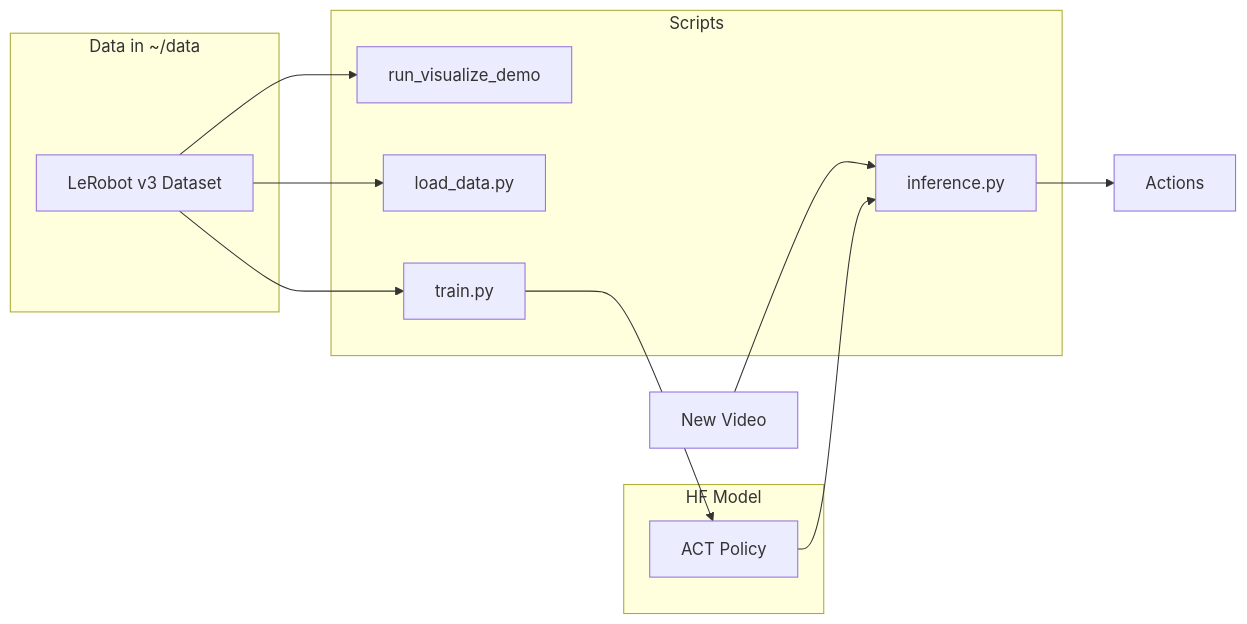
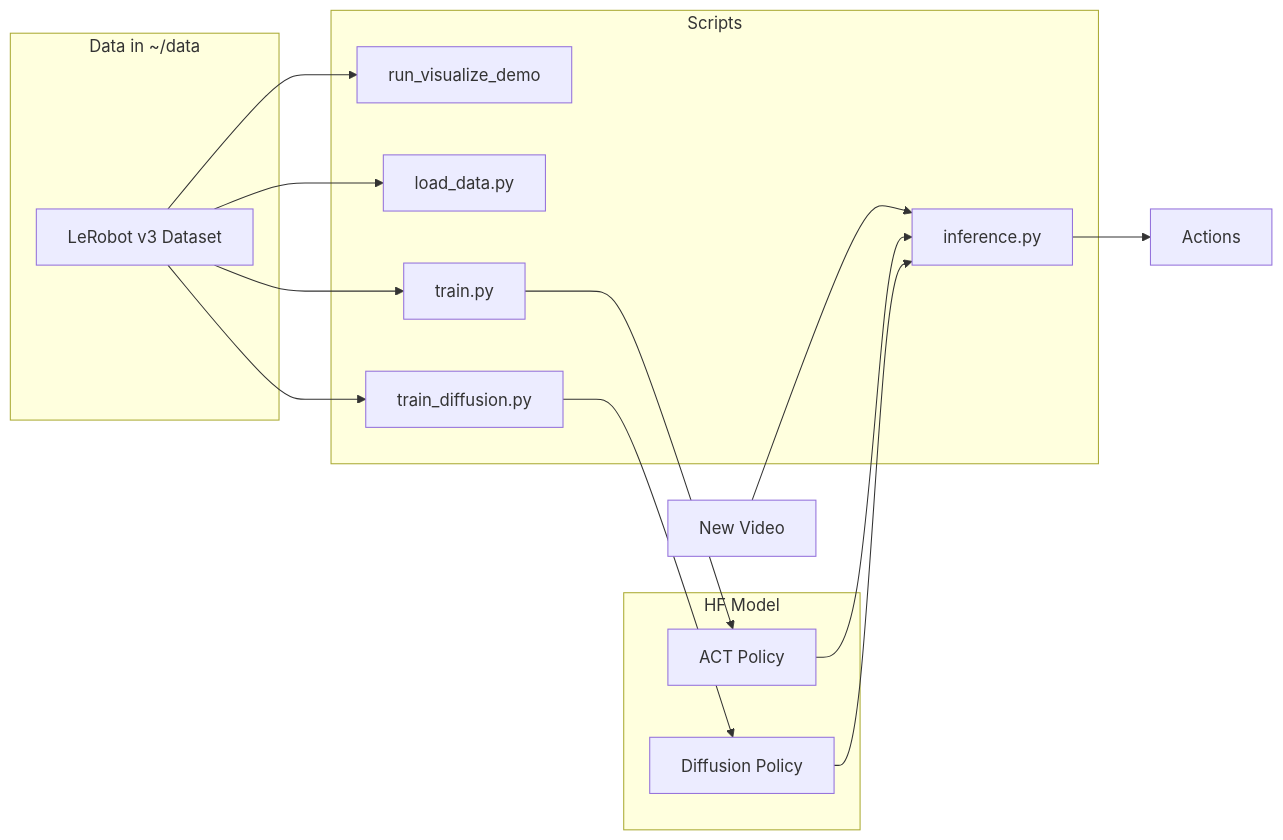
One commit to Factory-Intelligence-Corp/pai-hack-26-pp changed the diagram in README.md. Above: the diagram before and after it, drawn with Mermaid. The commit also changed other lines of this file and 6 other files, not shown here.

````diff
--- a/README.md
+++ b/README.md
@@ -91,22 +102,27 @@
 ```mermaid
 flowchart LR
   subgraph data_section [Data in ~/data]
     D[LeRobot v3 Dataset]
   end
   subgraph scripts_section [Scripts]
     V[run_visualize_demo]
     L[load_data.py]
     T[train.py]
+    T2[train_diffusion.py]
     I[inference.py]
   end
   subgraph model_section [HF Model]
     ACT[ACT Policy]
+    DIFF[Diffusion Policy]
   end
   D --> V
   D --> L
   D --> T
+  D --> T2
   T --> ACT
+  T2 --> DIFF
   NewVideo[New Video] --> I
   ACT --> I
+  DIFF --> I
   I --> Actions[Actions]
 ```
````
